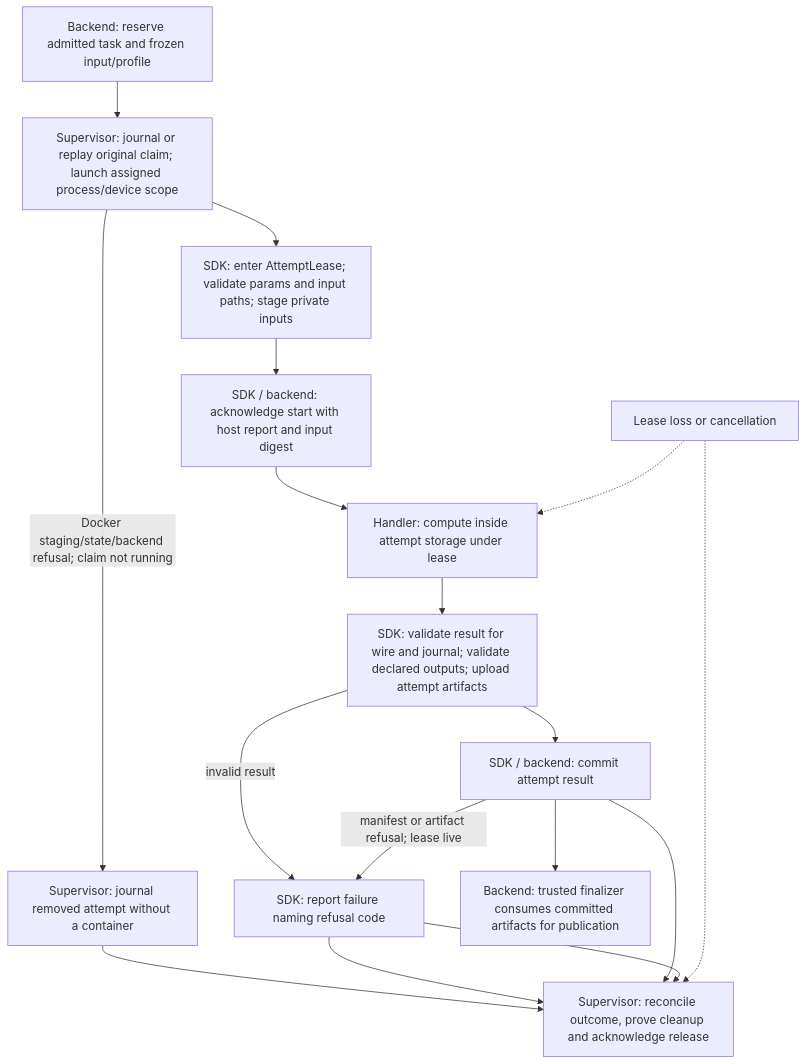
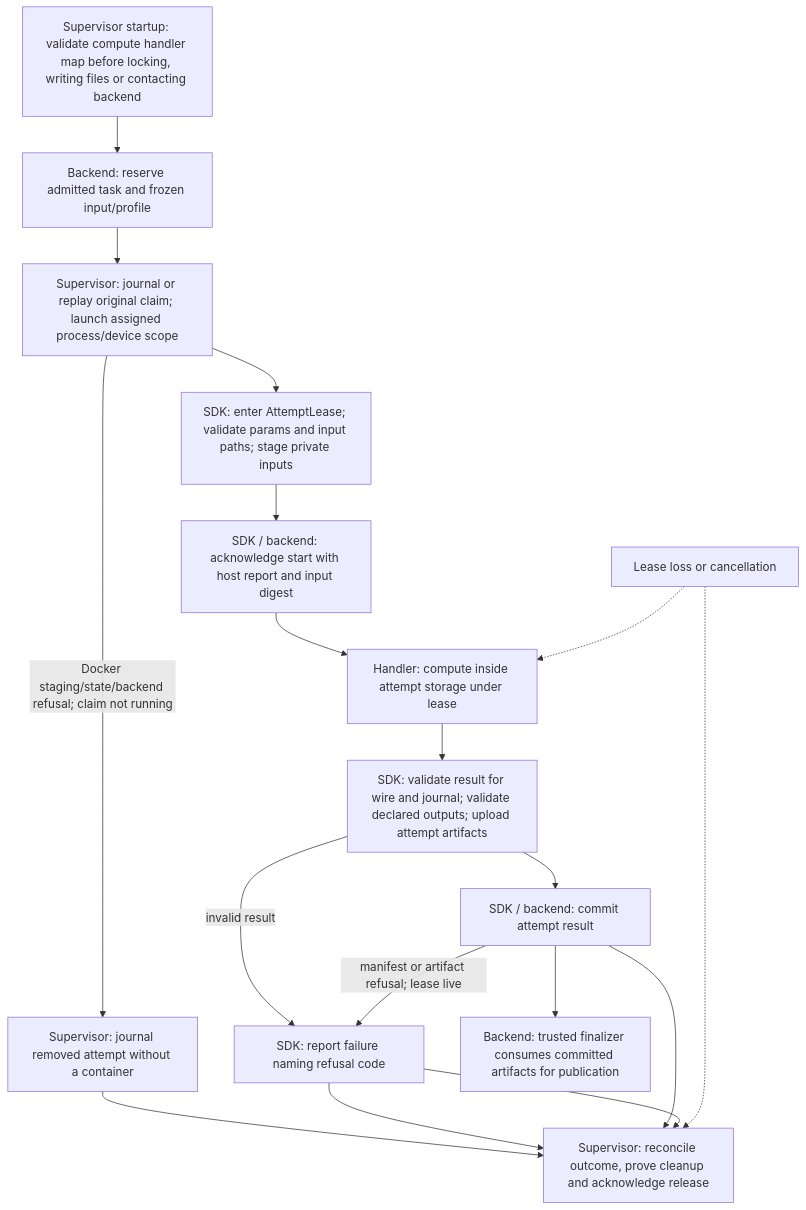
The second of 2 diagrams in docs/fleet/workflow-standard.md (SyngularXR/task-worker-api), drawn with Mermaid before and after one commit. The commit also changed other lines of this file and 2 other files, not shown here.

Commit message:
fix: validate supervisor handlers before admission starts (#202)

````diff
--- a/docs/fleet/workflow-standard.md
+++ b/docs/fleet/workflow-standard.md
@@ -101,19 +101,20 @@
 ```mermaid
 flowchart TD
-    backend["Backend: reserve admitted task and frozen input/profile"] --> supervisor["Supervisor: journal or replay original claim; launch assigned process/device scope"]
+    config["Supervisor startup: validate compute handler map before locking, writing files or contacting backend"] --> backend["Backend: reserve admitted task and frozen input/profile"]
+    backend --> supervisor["Supervisor: journal or replay original claim; launch assigned process/device scope"]
     supervisor --> stage["SDK: enter AttemptLease; validate params and input paths; stage private inputs"]
     supervisor -->|Docker staging/state/backend refusal; claim not running| refused["Supervisor: journal removed attempt without a container"]
     refused --> reconcile
     stage --> start["SDK / backend: acknowledge start with host report and input digest"]
     start --> handler["Handler: compute inside attempt storage under lease"]
     handler --> outputs["SDK: validate result for wire and journal; validate declared outputs; upload attempt artifacts"]
     outputs --> commit["SDK / backend: commit attempt result"]
     outputs -->|invalid result| failure["SDK: report failure while started attempt lease is live"]
     failure --> reconcile
     commit --> reconcile["Supervisor: reconcile outcome, prove cleanup and acknowledge release"]
     commit -->|manifest or artifact refusal; lease live| failure["SDK: report failure naming refusal code"]
     failure --> reconcile
     commit --> finalizer["Backend: trusted finalizer consumes committed artifacts for publication"]
     cancel["Lease loss or cancellation"] -.-> handler
     cancel -.-> reconcile
 ```
````
